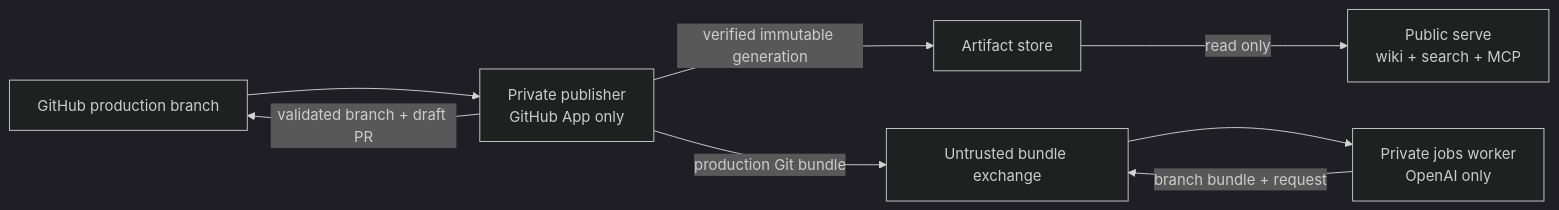
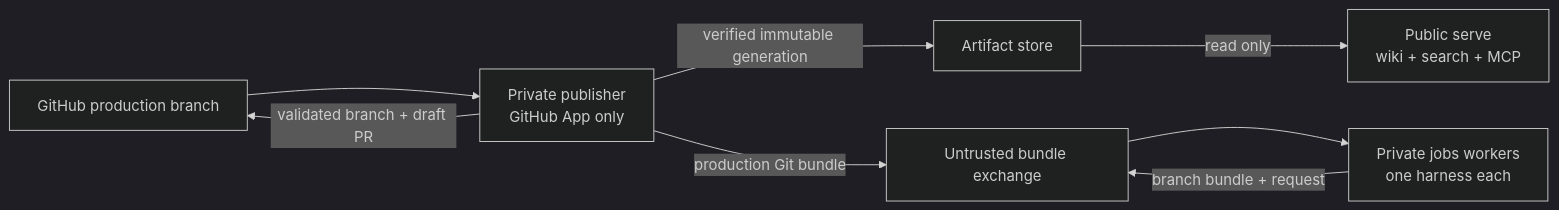
The diagram in Wiki/features/commands/runtime.md (openknowledge-sh/openknowledge), drawn with Mermaid (dark theme) before and after one commit. The commit also changed other lines of this file and 47 other files, not shown here.

````diff
--- a/Wiki/features/commands/runtime.md
+++ b/Wiki/features/commands/runtime.md
@@ -19,10 +19,10 @@
 ```mermaid
 flowchart LR
   GitHub["GitHub production branch"] --> Publisher["Private publisher<br/>GitHub App only"]
   Publisher -->|"verified immutable generation"| Artifacts["Artifact store"]
   Artifacts -->|"read only"| Serve["Public serve<br/>wiki + search + MCP"]
   Publisher -->|"production Git bundle"| Exchange["Untrusted bundle exchange"]
-  Exchange --> Jobs["Private jobs worker<br/>OpenAI only"]
+  Exchange --> Jobs["Private jobs workers<br/>one harness each"]
   Jobs -->|"branch bundle + request"| Exchange
   Publisher -->|"validated branch + draft PR"| GitHub
 ```
````
